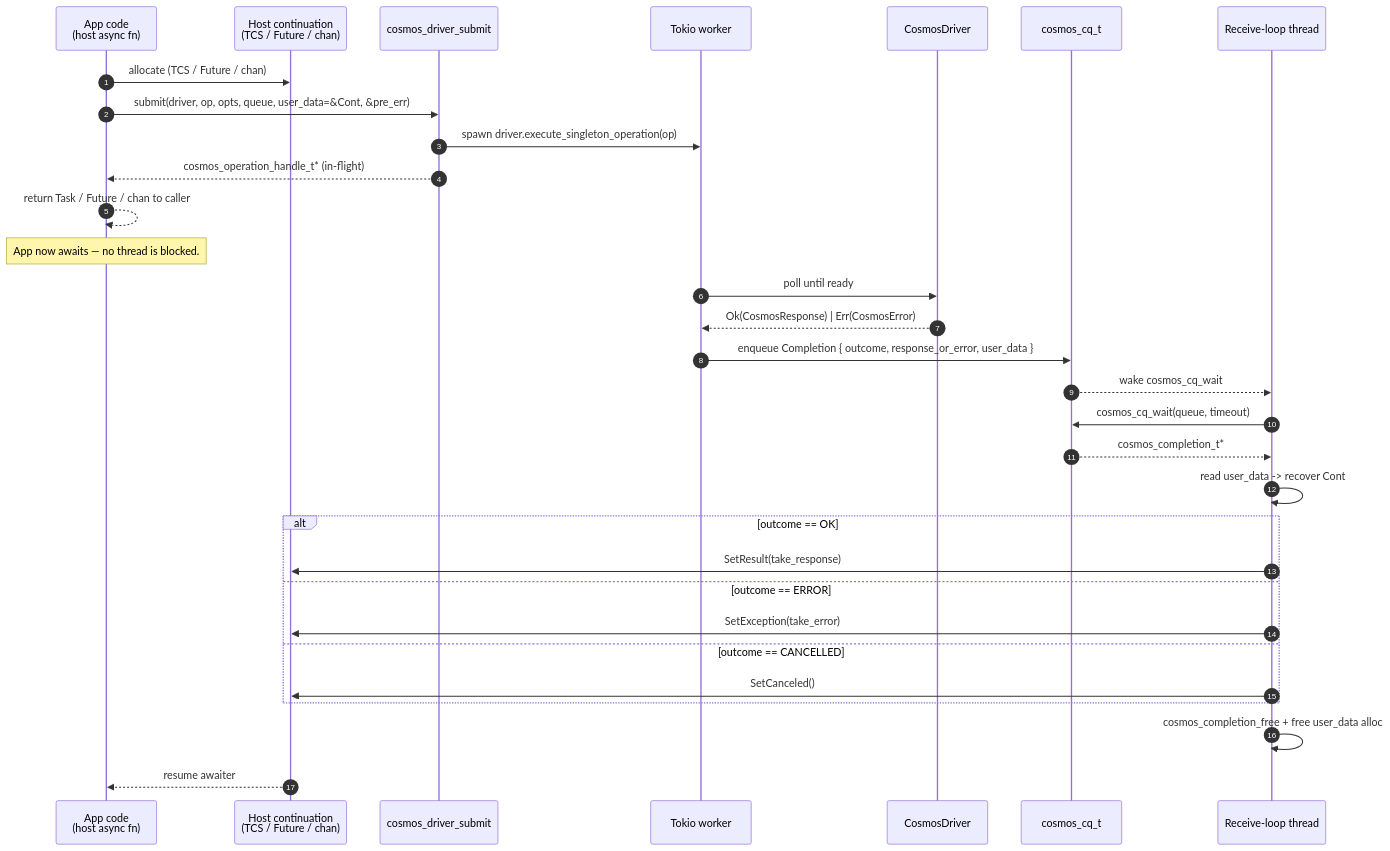
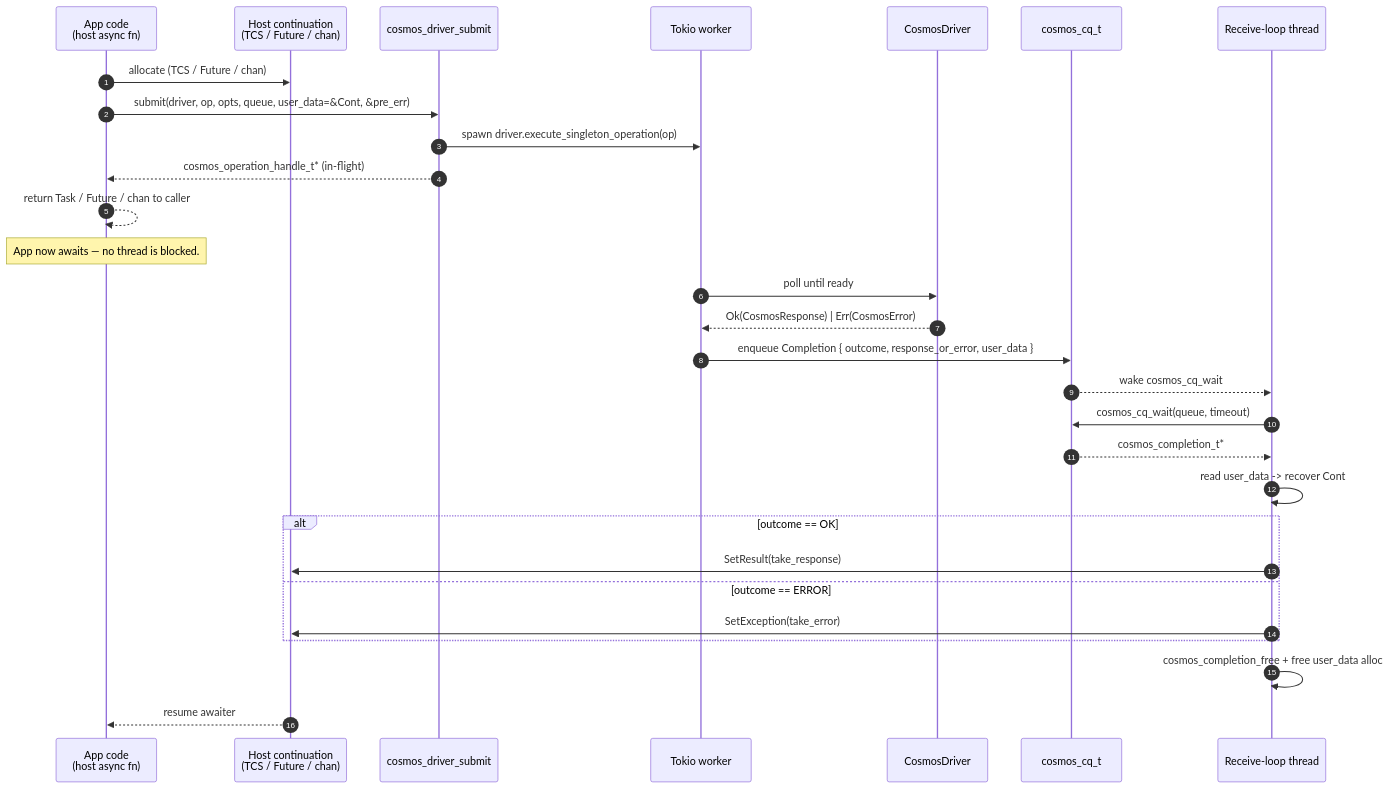
Before and after one commit to Azure/azure-sdk-for-rust: the fourth of 7 diagrams in sdk/cosmos/docs/specs/0020-native-async-invocation.md, drawn with Mermaid. The commit also changed other lines of this file and 10 other files, not shown here.

````diff
--- a/sdk/cosmos/docs/specs/0020-native-async-invocation.md
+++ b/sdk/cosmos/docs/specs/0020-native-async-invocation.md
@@ -209,36 +206,34 @@
 ```mermaid
 sequenceDiagram
     autonumber
     participant App as App code<br/>(host async fn)
     participant Cont as Host continuation<br/>(TCS / Future / chan)
     participant Sub as cosmos_driver_submit
     participant Tok as Tokio worker
     participant Drv as CosmosDriver
     participant CQ as cosmos_cq_t
     participant Rcv as Receive-loop thread
 
     App->>Cont: allocate (TCS / Future / chan)
     App->>Sub: submit(driver, op, opts, queue, user_data=&Cont, &pre_err)
     Sub->>Tok: spawn driver.execute_singleton_operation(op)
     Sub-->>App: cosmos_operation_handle_t* (in-flight)
     App-->>App: return Task / Future / chan to caller
     Note over App: App now awaits — no thread is blocked.
 
     Tok->>Drv: poll until ready
     Drv-->>Tok: Ok(CosmosResponse) | Err(CosmosError)
     Tok->>CQ: enqueue Completion { outcome, response_or_error, user_data }
     CQ-->>Rcv: wake cosmos_cq_wait
 
     Rcv->>CQ: cosmos_cq_wait(queue, timeout)
     CQ-->>Rcv: cosmos_completion_t*
     Rcv->>Rcv: read user_data -> recover Cont
     alt outcome == OK
         Rcv->>Cont: SetResult(take_response)
     else outcome == ERROR
         Rcv->>Cont: SetException(take_error)
-    else outcome == CANCELLED
-        Rcv->>Cont: SetCanceled()
     end
     Rcv->>Rcv: cosmos_completion_free + free user_data alloc
     Cont-->>App: resume awaiter
 ```
````
